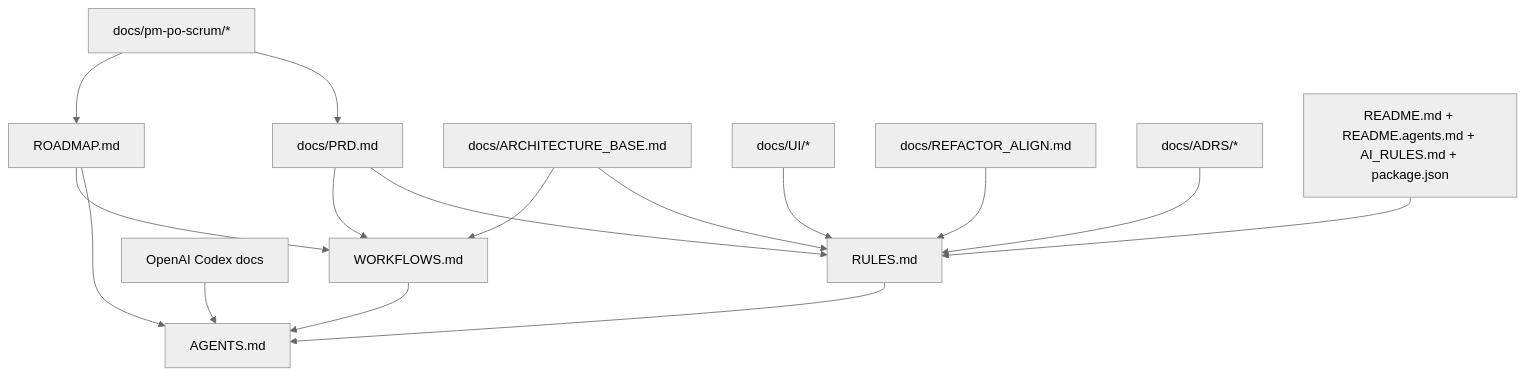
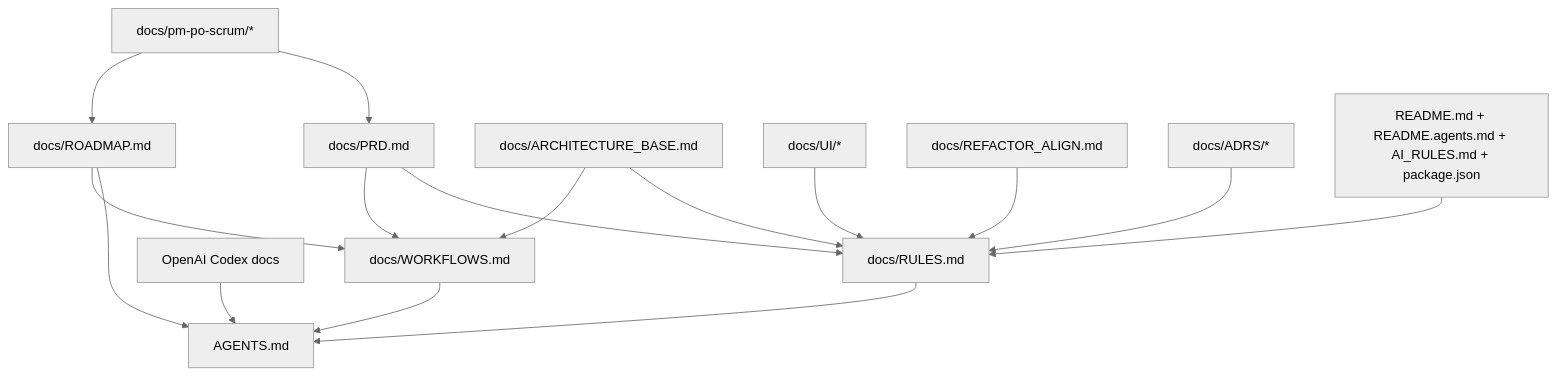
The first of 2 diagrams in docs/PLAN-AGENTS.md (rpironato1/vault-market), drawn with Mermaid (neutral theme) before and after one commit. The commit also changed other lines of this file and 10 other files, not shown here.

````diff
--- a/docs/PLAN-AGENTS.md
+++ b/docs/PLAN-AGENTS.md
@@ -36,18 +36,18 @@
 ```mermaid
 graph TD
   PM[docs/pm-po-scrum/*] --> PRD[docs/PRD.md]
   PM --> ROAD[docs/ROADMAP.md]
-  PRD --> RULES[RULES.md]
+  PRD --> RULES[docs/RULES.md]
   ARCH[docs/ARCHITECTURE_BASE.md] --> RULES
   UI[docs/UI/*] --> RULES
   REFA[docs/REFACTOR_ALIGN.md] --> RULES
   ADR[docs/ADRS/*] --> RULES
   ROOT[README.md + README.agents.md + AI_RULES.md + package.json] --> RULES
   OPENAI[OpenAI Codex docs] --> AG[AGENTS.md]
   RULES --> AG
-  WORK[WORKFLOWS.md] --> AG
-  ROAD[ROADMAP.md] --> AG
+  WORK[docs/WORKFLOWS.md] --> AG
+  ROAD[docs/ROADMAP.md] --> AG
   PRD --> WORK
   ARCH --> WORK
   ROAD --> WORK
 ```
````
